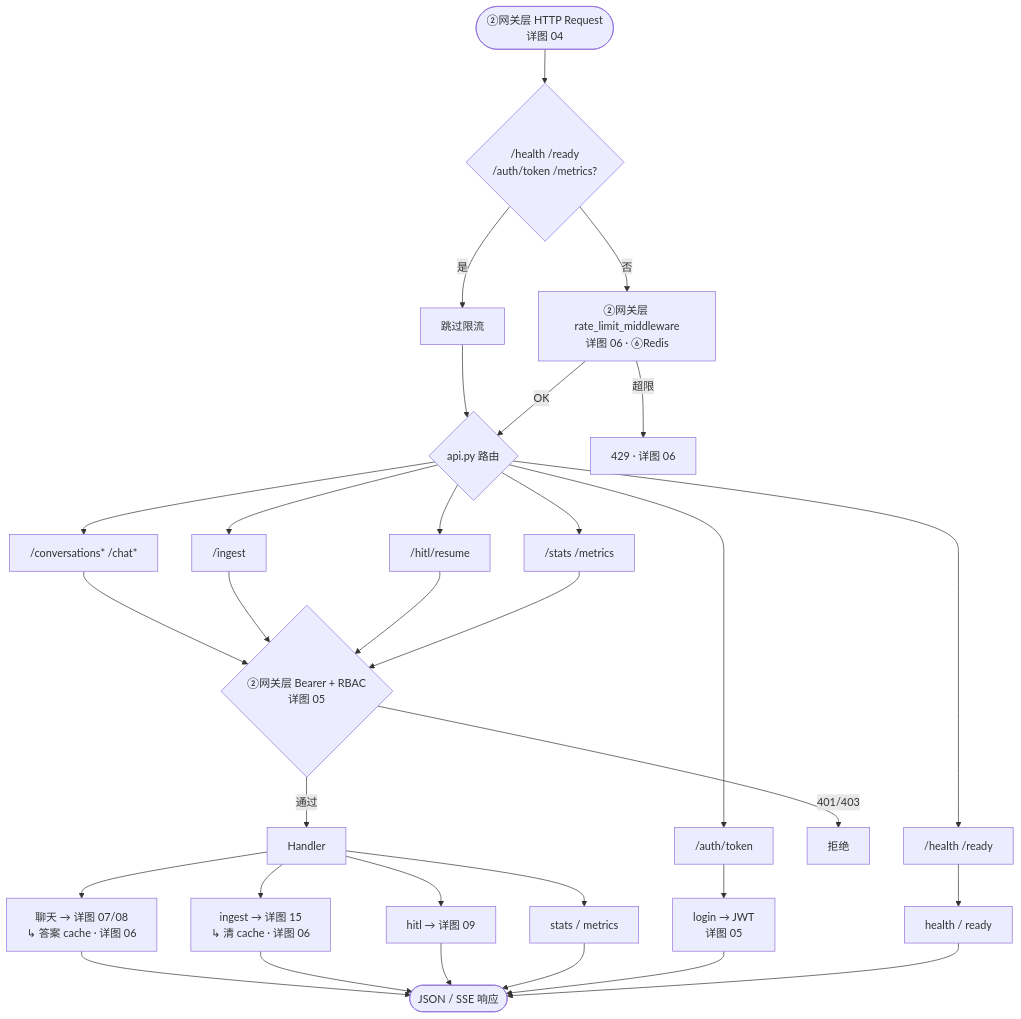
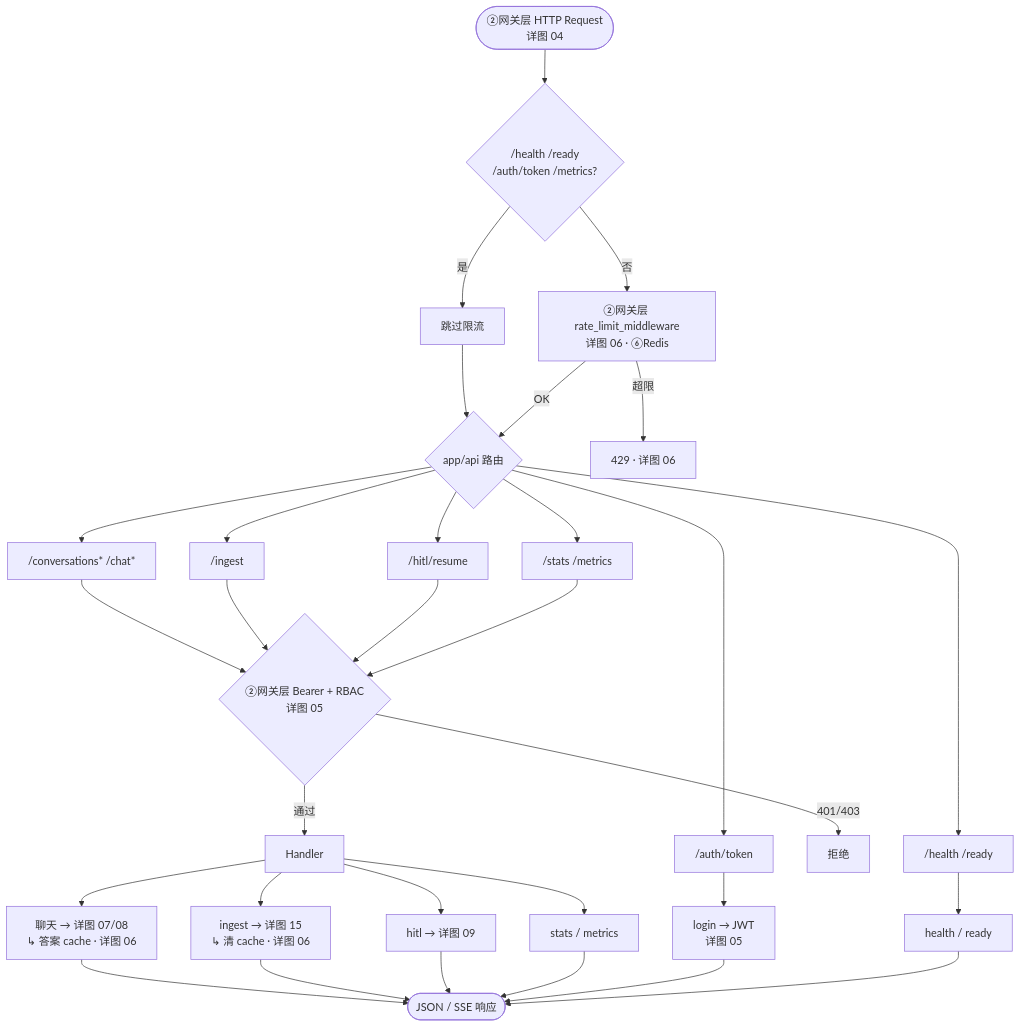
Before and after one commit to charlie-chann/ai-agent-langgraph-main: the fourth of 21 diagrams in project_00_rag_agent/docs/architecture.md, drawn with Mermaid. The commit also changed other lines of this file and 116 other files, not shown here.

Commit message:
refactor(project_00): 重构为 app 分层架构（API/agent/graph）

````diff
--- a/project_00_rag_agent/docs/architecture.md
+++ b/project_00_rag_agent/docs/architecture.md
@@ -322,44 +317,44 @@
 ```mermaid
 flowchart TD
     REQ(["②网关层 HTTP Request<br/>详图 04"]) --> SKIP{/health /ready<br/>/auth/token /metrics?}
     SKIP -->|是| PASS[跳过限流]
     SKIP -->|否| RL["②网关层 rate_limit_middleware<br/>详图 06 · ⑥Redis"]
 
     PASS --> ROUTE
     RL -->|超限| E429[429 · 详图 06]
-    RL -->|OK| ROUTE{api.py 路由}
+    RL -->|OK| ROUTE{app/api 路由}
 
     ROUTE --> AUTH["/auth/token"]
     ROUTE --> CHAT["/conversations* /chat*"]
     ROUTE --> INGEST["/ingest"]
     ROUTE --> HITL["/hitl/resume"]
     ROUTE --> OPS_PUB["/health /ready"]
     ROUTE --> OPS_AUTH["/stats /metrics"]
 
     AUTH --> H1["login → JWT<br/>详图 05"]
 
     CHAT --> JWT
     INGEST --> JWT
     HITL --> JWT
     OPS_AUTH --> JWT
 
     OPS_PUB --> H_OPS[health / ready]
 
     JWT{"②网关层 Bearer + RBAC<br/>详图 05"}
     JWT -->|401/403| ERR[拒绝]
     JWT -->|通过| H2[Handler]
 
     H2 --> T1["聊天 → 详图 07/08<br/>↳ 答案 cache · 详图 06"]
     H2 --> T2["ingest → 详图 15<br/>↳ 清 cache · 详图 06"]
     H2 --> T3["hitl → 详图 09"]
     H2 --> T4[stats / metrics]
 
     T1 --> OUT([JSON / SSE 响应])
     T2 --> OUT
     T3 --> OUT
     T4 --> OUT
     H1 --> OUT
     H_OPS --> OUT
 
     %% ②网关层总览：限流·06 → 鉴权·05 → 路由 Handler；答案缓存在 07/08 调度层调用
 ```
````
